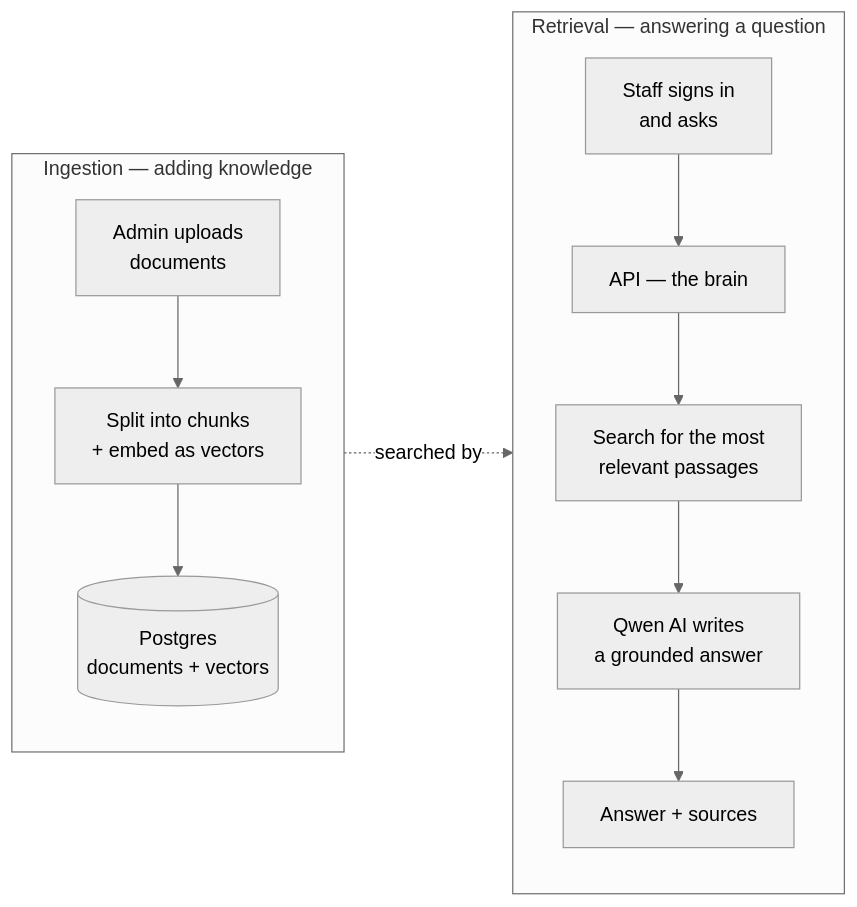
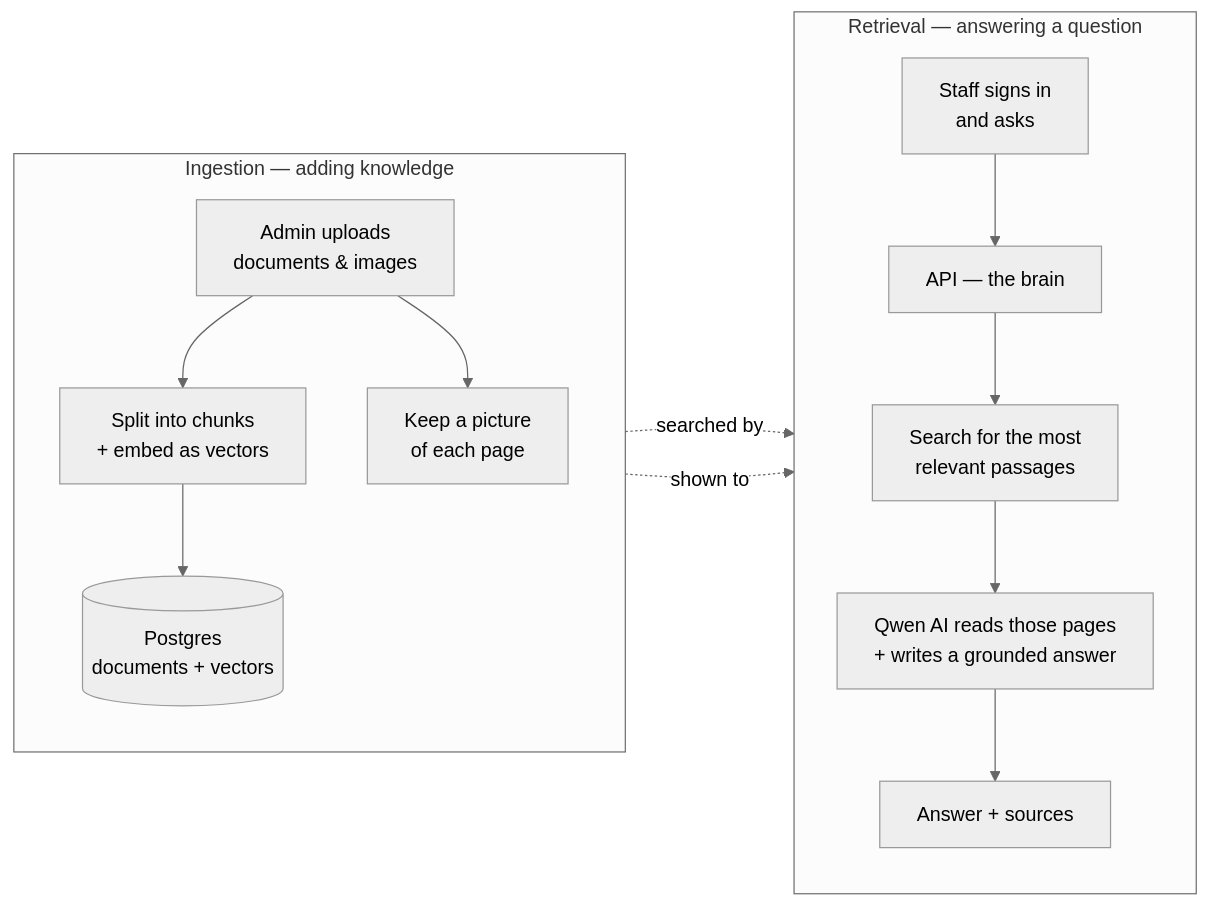
Before and after one commit to syahiidkamil/qwen-agent-rag-knowledgebase-chatbot: the diagram in docs/system-design/tech-stack-simple.md, drawn with Mermaid (neutral theme). The commit also changed other lines of this file and 1 other file, not shown here.

Commit message:
docs: refresh tech-stack for multimodal RAG (qwen3-vl-plus)
Update tech-stack.md and tech-stack-simple.md: qwen3-vl-plus (vision-
language) for chat + ingest OCR, text-embedding-v3 unchanged for
retrieval; per-page rendering + page images stored; image/scanned docs
OCR'd into the same text vector DB; vision attached at answer time with
an admin cap (0 = pure text RAG). Diagrams and the "deliberately leave
out" table updated (visual embeddings = deliberate choice; office-doc
rendering deferred).

Note: README.md, chat-pipeline.md, ingestion-pipeline.md, rag-overview.md,
overview.md still describe the pre-multimodal design — deferred.

````diff
--- a/docs/system-design/tech-stack-simple.md
+++ b/docs/system-design/tech-stack-simple.md
@@ -24,18 +24,20 @@
 ```mermaid
 flowchart LR
   subgraph ING[Ingestion — adding knowledge]
     direction TB
-    DOC[Admin uploads<br/>documents] --> EMB[Split into chunks<br/>+ embed as vectors]
+    DOC[Admin uploads<br/>documents & images] --> EMB[Split into chunks<br/>+ embed as vectors]
+    DOC --> PAGES[Keep a picture<br/>of each page]
     EMB --> DB[(Postgres<br/>documents + vectors)]
   end
 
   subgraph RET[Retrieval — answering a question]
     direction TB
     Q[Staff signs in<br/>and asks] --> API[API — the brain]
     API --> FIND[Search for the most<br/>relevant passages]
-    FIND --> GEN[Qwen AI writes<br/>a grounded answer]
+    FIND --> GEN[Qwen AI reads those pages<br/>+ writes a grounded answer]
     GEN --> ANS[Answer + sources]
   end
 
   DB -. searched by .-> FIND
+  PAGES -. shown to .-> GEN
 ```
````
